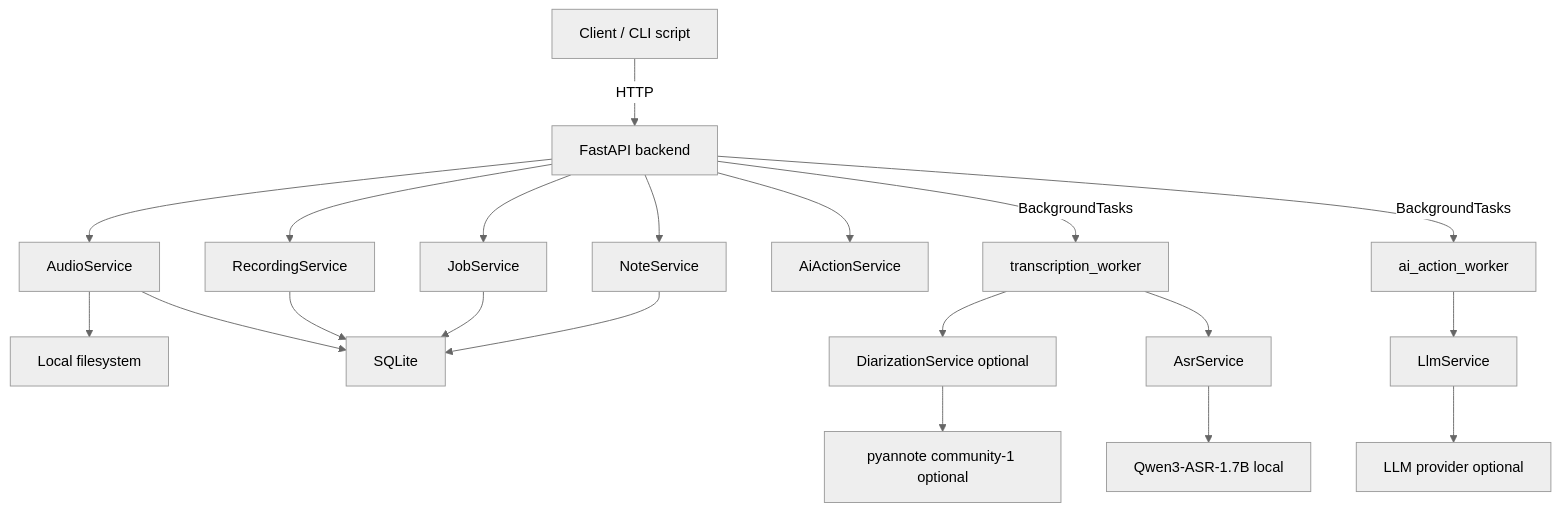
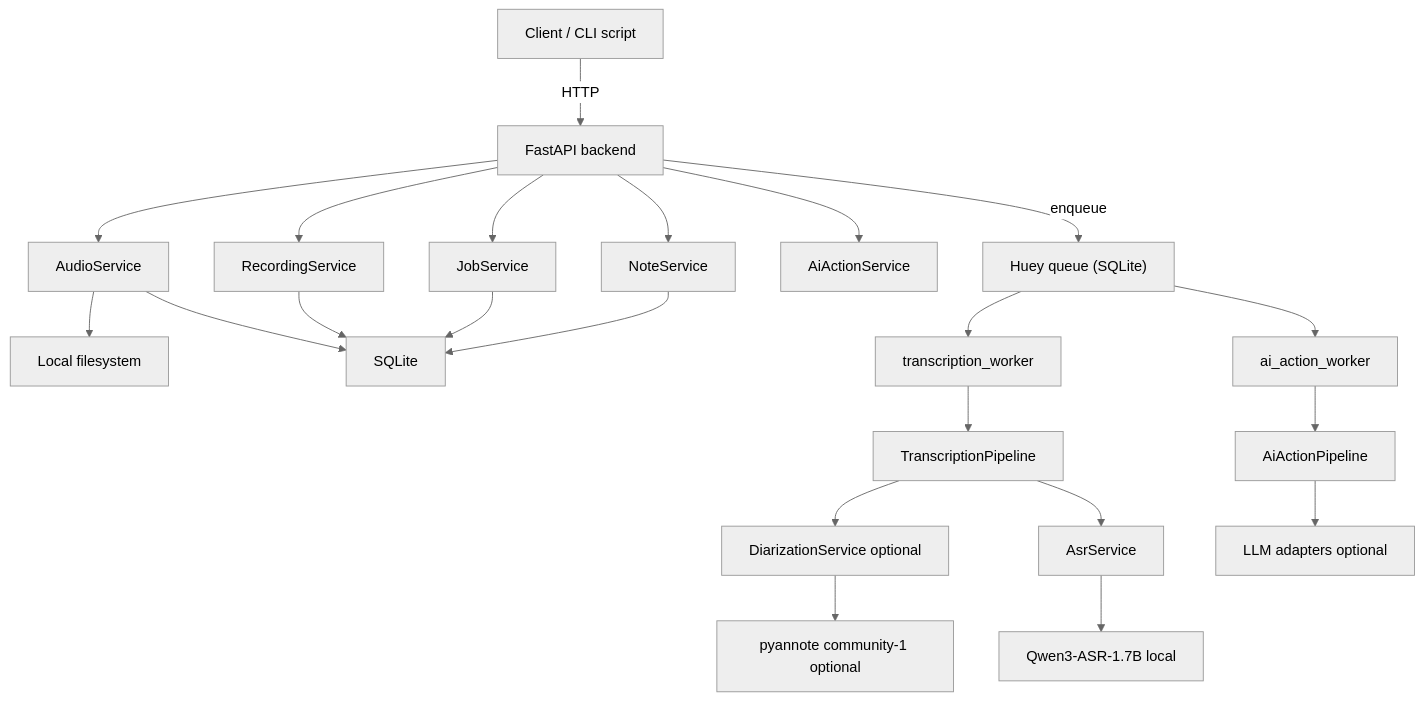
Before and after one commit to cyborgoat/finch: the diagram in docs/architecture.md, drawn with Mermaid (neutral theme). The commit also changed other lines of this file and 129 other files, not shown here.

````diff
--- a/docs/architecture.md
+++ b/docs/architecture.md
@@ -11,22 +11,24 @@
 ```mermaid
 flowchart TD
     client["Client / CLI script"] -->|HTTP| api["FastAPI backend"]
     api --> audioSvc["AudioService"]
     api --> jobSvc["JobService"]
     api --> transcriptSvc["RecordingService"]
     api --> docSvc["NoteService"]
     api --> aiSvc["AiActionService"]
     audioSvc --> fs["Local filesystem"]
     audioSvc --> db["SQLite"]
     transcriptSvc --> db
     jobSvc --> db
     docSvc --> db
-    api -->|BackgroundTasks| txWorker["transcription_worker"]
-    api -->|BackgroundTasks| aiWorker["ai_action_worker"]
-    txWorker --> diarSvc["DiarizationService optional"]
-    txWorker --> asrSvc["AsrService"]
+    api -->|enqueue| huey["Huey queue (SQLite)"]
+    huey --> txWorker["transcription_worker"]
+    huey --> aiWorker["ai_action_worker"]
+    txWorker --> txPipeline["TranscriptionPipeline"]
+    aiWorker --> aiPipeline["AiActionPipeline"]
+    txPipeline --> diarSvc["DiarizationService optional"]
+    txPipeline --> asrSvc["AsrService"]
     asrSvc --> qwen["Qwen3-ASR-1.7B local"]
     diarSvc --> pyannote["pyannote community-1 optional"]
-    aiWorker --> llmSvc["LlmService"]
-    llmSvc --> provider["LLM provider optional"]
+    aiPipeline --> llm["LLM adapters optional"]
 ```
````
